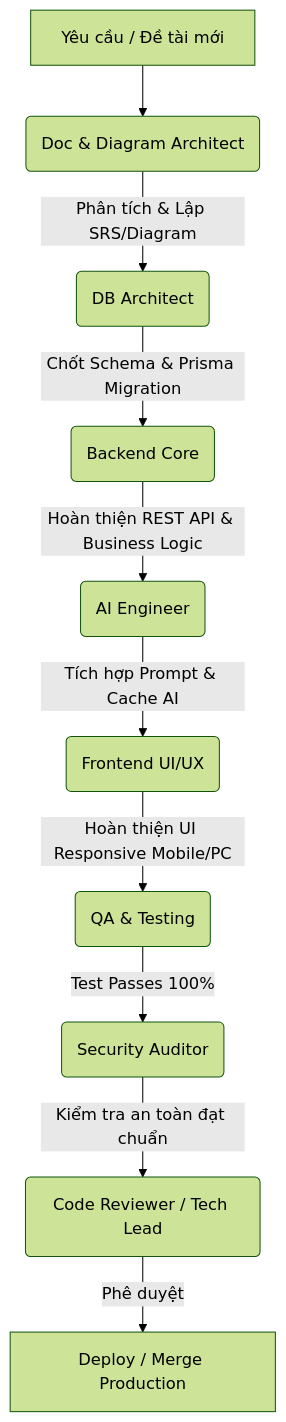
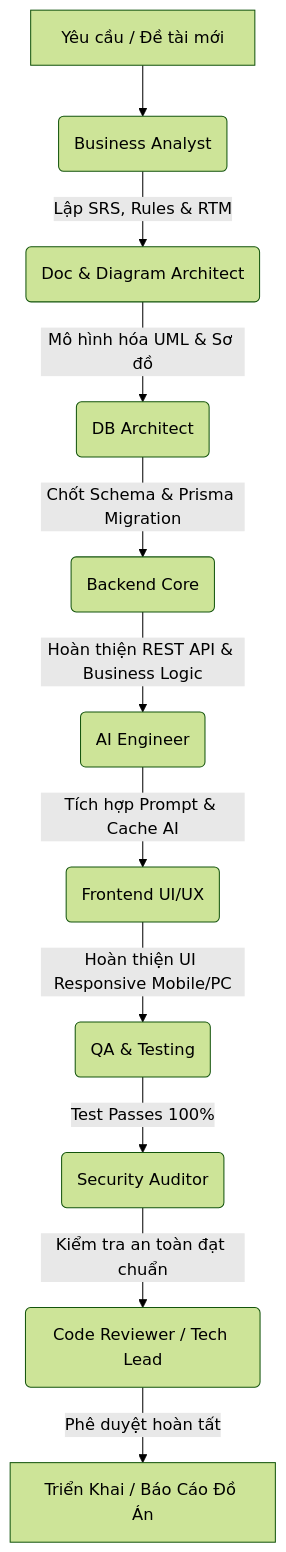
The diagram in .agents/agents/README.md (phongls206/LMS-AI), drawn with Mermaid (forest theme) before and after one commit. The commit also changed other lines of this file and 3 other files, not shown here.

````diff
--- a/.agents/agents/README.md
+++ b/.agents/agents/README.md
@@ -26,12 +27,13 @@
 ```mermaid
 graph TD
-    A[Yêu cầu / Đề tài mới] --> B(Doc & Diagram Architect)
-    B -->|Phân tích & Lập SRS/Diagram| C(DB Architect)
-    C -->|Chốt Schema & Prisma Migration| D(Backend Core)
-    D -->|Hoàn thiện REST API & Business Logic| E(AI Engineer)
-    E -->|Tích hợp Prompt & Cache AI| F(Frontend UI/UX)
-    F -->|Hoàn thiện UI Responsive Mobile/PC| G(QA & Testing)
-    G -->|Test Passes 100%| H(Security Auditor)
-    H -->|Kiểm tra an toàn đạt chuẩn| I(Code Reviewer / Tech Lead)
-    I -->|Phê duyệt| J[Deploy / Merge Production]
+    A[Yêu cầu / Đề tài mới] --> B(Business Analyst)
+    B -->|Lập SRS, Rules & RTM| C(Doc & Diagram Architect)
+    C -->|Mô hình hóa UML & Sơ đồ| D(DB Architect)
+    D -->|Chốt Schema & Prisma Migration| E(Backend Core)
+    E -->|Hoàn thiện REST API & Business Logic| F(AI Engineer)
+    F -->|Tích hợp Prompt & Cache AI| G(Frontend UI/UX)
+    G -->|Hoàn thiện UI Responsive Mobile/PC| H(QA & Testing)
+    H -->|Test Passes 100%| I(Security Auditor)
+    I -->|Kiểm tra an toàn đạt chuẩn| J(Code Reviewer / Tech Lead)
+    J -->|Phê duyệt hoàn tất| K[Triển Khai / Báo Cáo Đồ Án]
 ```
````
